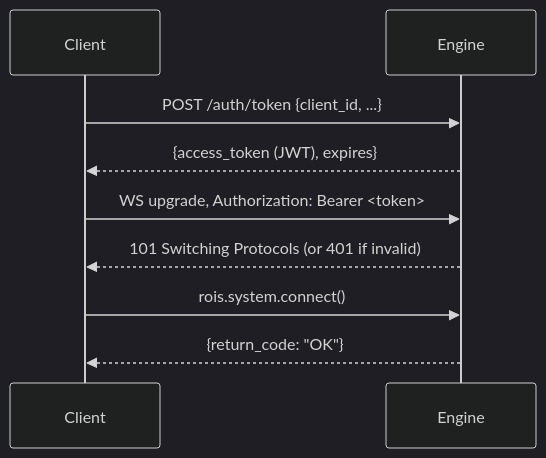
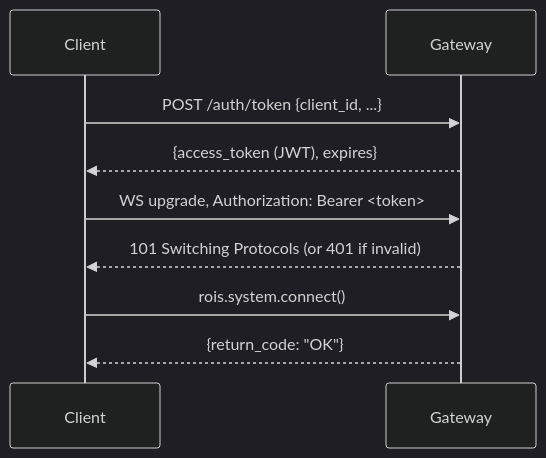
Before and after one commit to openrois/openrois-docs: the first of 2 diagrams in docs/White Paper/security-architecture.md, drawn with Mermaid (dark theme). The commit also changed other lines of this file and 20 other files, not shown here.

Commit message:
docs: update website structure to reflect latest architecture

````diff
--- a/docs/White Paper/security-architecture.md
+++ b/docs/White Paper/security-architecture.md
@@ -17,14 +17,14 @@
 ```mermaid
 sequenceDiagram
     participant Client
-    participant Engine
+    participant Gateway
 
-    Client->>Engine: POST /auth/token {client_id, ...}
-    Engine-->>Client: {access_token (JWT), expires}
+    Client->>Gateway: POST /auth/token {client_id, ...}
+    Gateway-->>Client: {access_token (JWT), expires}
 
-    Client->>Engine: WS upgrade, Authorization: Bearer <token>
-    Engine-->>Client: 101 Switching Protocols (or 401 if invalid)
+    Client->>Gateway: WS upgrade, Authorization: Bearer <token>
+    Gateway-->>Client: 101 Switching Protocols (or 401 if invalid)
 
-    Client->>Engine: rois.system.connect()
-    Engine-->>Client: {return_code: "OK"}
+    Client->>Gateway: rois.system.connect()
+    Gateway-->>Client: {return_code: "OK"}
 ```
````
